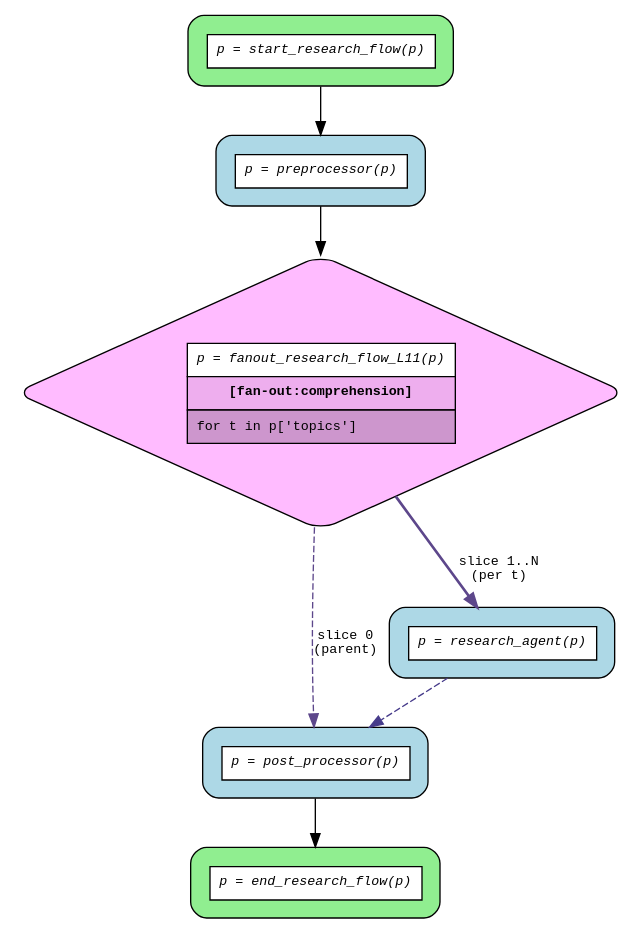
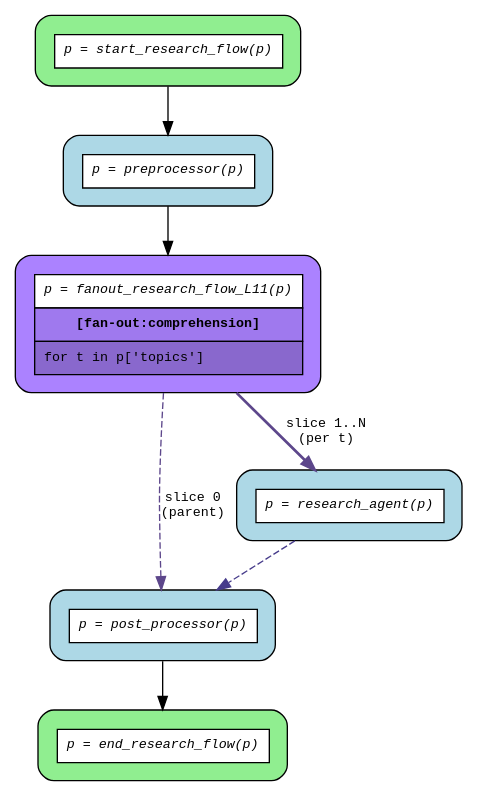
Before and after one commit to deliveryhero/asya: the diagram in examples/flows/compiled/fanout_comprehension/flow.dot, drawn with Graphviz. The commit also changed 13 other files, not shown here.

```diff
--- a/examples/flows/compiled/fanout_comprehension/flow.dot
+++ b/examples/flows/compiled/fanout_comprehension/flow.dot
@@ -1,20 +1,20 @@
 digraph flow {
   rankdir=TB;
   graph [fontname="Courier", fontsize=10];
   node [fontname="Courier", fontsize=10, shape=box, style="filled,rounded", margin="0.2"];
   edge [fontname="Courier", fontsize=10];
 
   start_research_flow [fillcolor="lightgreen", label=<<table border="0" cellspacing="0" cellpadding="6" cellborder="1"><tr><td bgcolor="white" align="center"><i>p = start_research_flow(p)</i></td></tr></table>>];
-  fanout_research_flow_L11 [fillcolor="plum1", label=<<table border="0" cellspacing="0" cellpadding="6" cellborder="1"><tr><td bgcolor="white" align="center"><i>p = fanout_research_flow_L11(p)</i></td></tr><tr><td bgcolor="plum2" align="center"><b>[fan-out:comprehension]</b></td></tr><tr><td bgcolor="plum3" align="left">for t in p['topics']</td></tr></table>>, shape=diamond];
+  fanout_research_flow_L11 [fillcolor="mediumpurple1", label=<<table border="0" cellspacing="0" cellpadding="6" cellborder="1"><tr><td bgcolor="white" align="center"><i>p = fanout_research_flow_L11(p)</i></td></tr><tr><td bgcolor="mediumpurple2" align="center"><b>[fan-out:comprehension]</b></td></tr><tr><td bgcolor="mediumpurple3" align="left">for t in p['topics']</td></tr></table>>];
   end_research_flow [fillcolor="lightgreen", label=<<table border="0" cellspacing="0" cellpadding="6" cellborder="1"><tr><td bgcolor="white" align="center"><i>p = end_research_flow(p)</i></td></tr></table>>];
   post_processor [fillcolor="lightblue", label=<<table border="0" cellspacing="0" cellpadding="6" cellborder="1"><tr><td bgcolor="white" align="center"><i>p = post_processor(p)</i></td></tr></table>>];
   preprocessor [fillcolor="lightblue", label=<<table border="0" cellspacing="0" cellpadding="6" cellborder="1"><tr><td bgcolor="white" align="center"><i>p = preprocessor(p)</i></td></tr></table>>];
   research_agent [fillcolor="lightblue", label=<<table border="0" cellspacing="0" cellpadding="6" cellborder="1"><tr><td bgcolor="white" align="center"><i>p = research_agent(p)</i></td></tr></table>>];
 
   fanout_research_flow_L11 -> post_processor [color=mediumpurple4, label="slice 0\n(parent)", style=dashed];
   fanout_research_flow_L11 -> research_agent [color=mediumpurple4, label="slice 1..N\n(per t)", style=bold];
   post_processor -> end_research_flow;
   preprocessor -> fanout_research_flow_L11;
   research_agent -> post_processor [color=slateblue4, style=dashed];
   start_research_flow -> preprocessor;
 }
```
